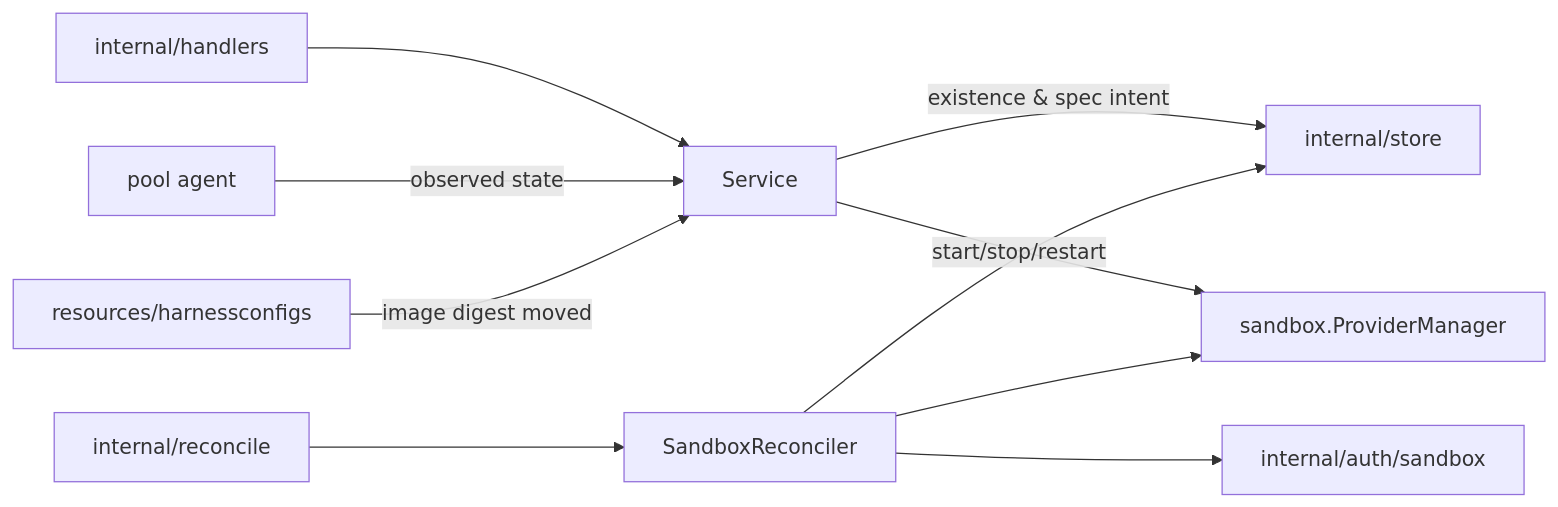
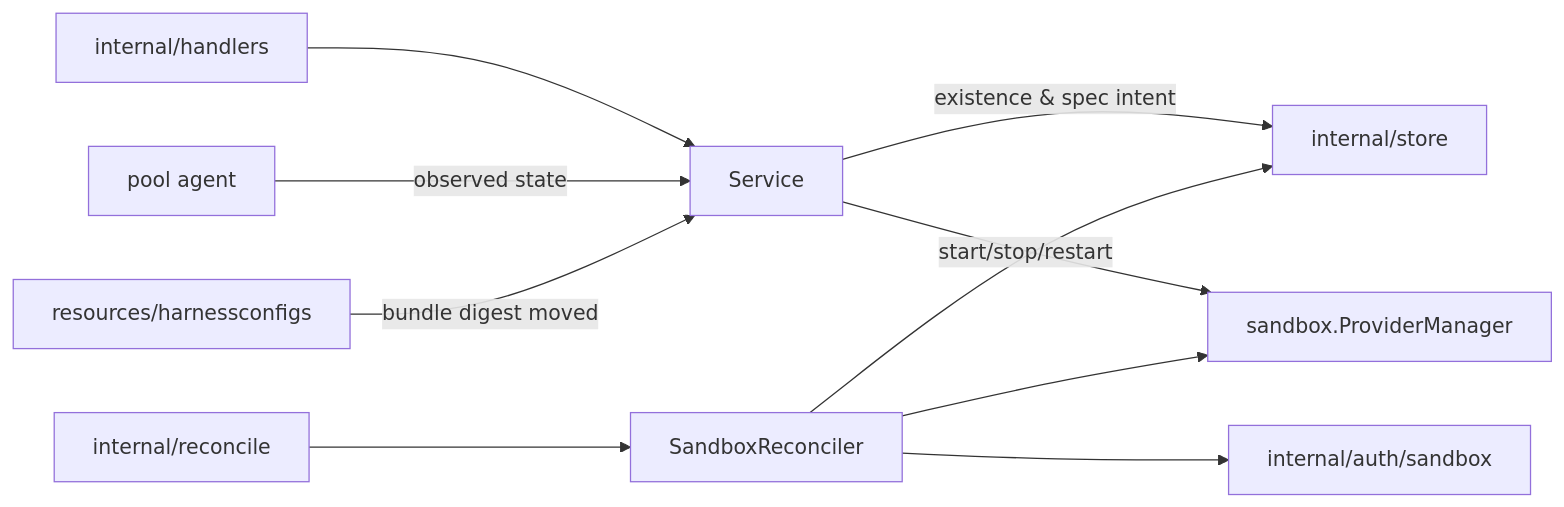
One commit to discobox-ai/discobox changed the first of 3 diagrams in server/internal/resources/sandboxes/DESIGN.md. Above: the diagram before and after it, drawn with Mermaid. The commit also changed other lines of this file and 200 other files, not shown here.

````diff
--- a/server/internal/resources/sandboxes/DESIGN.md
+++ b/server/internal/resources/sandboxes/DESIGN.md
@@ -9,12 +9,12 @@
 ```mermaid
 flowchart LR
     api[internal/handlers] --> service[Service]
     service -->|"existence & spec intent"| store[internal/store]
     service -->|"start/stop/restart"| providers[sandbox.ProviderManager]
     engine[internal/reconcile] --> reconciler[SandboxReconciler]
     reconciler --> store
     reconciler --> providers
     reconciler --> auth[internal/auth/sandbox]
     agent[pool agent] -->|"observed state"| service
-    hc[resources/harnessconfigs] -->|"image digest moved"| service
+    hc[resources/harnessconfigs] -->|"bundle digest moved"| service
 ```
````
